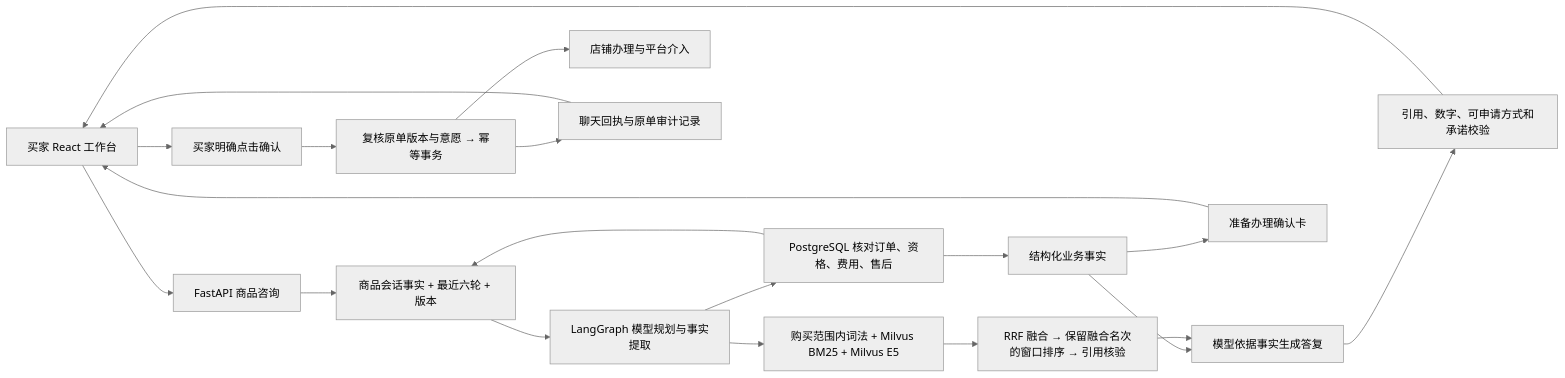
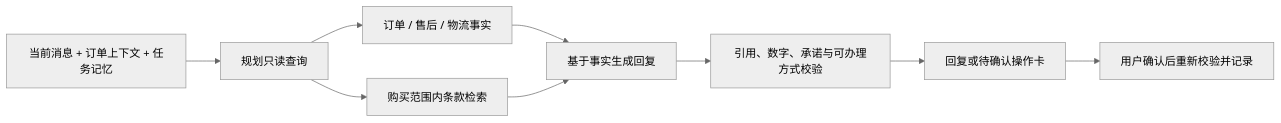
The diagram in README.md (fog-frog11/after-sales-agent), drawn with Mermaid (neutral theme) before and after one commit. The commit also changed other lines of this file, not shown here.

Commit message:
Rewrite README around after-sales journey and architecture

````diff
--- a/README.md
+++ b/README.md
@@ -44,22 +31,11 @@
 ```mermaid
 flowchart LR
-    U[买家 React 工作台] --> A[FastAPI 商品咨询]
-    A --> M[商品会话事实 + 最近六轮 + 版本]
-    M --> G[LangGraph 模型规划与事实提取]
-    G --> P[PostgreSQL 核对订单、资格、费用、售后]
-    G --> Q[购买范围内词法 + Milvus BM25 + Milvus E5]
-    Q --> R[RRF 融合 → 保留融合名次的窗口排序 → 引用核验]
-    P --> F[结构化业务事实]
-    F --> D[模型依据事实生成答复]
-    R --> D
-    D --> V[引用、数字、可申请方式和承诺校验]
-    V --> U
-    P --> M
-    F --> C[准备办理确认卡]
-    C --> U
-    U --> S[买家明确点击确认]
-    S --> T[复核原单版本与意愿 → 幂等事务]
-    T --> W[店铺办理与平台介入]
-    T --> E[聊天回执与原单审计记录]
-    E --> U
+    A[当前消息 + 订单上下文 + 任务记忆] --> B[规划只读查询]
+    B --> C[订单 / 售后 / 物流事实]
+    B --> D[购买范围内条款检索]
+    C --> E[基于事实生成回复]
+    D --> E
+    E --> F[引用、数字、承诺与可办理方式校验]
+    F --> G[回复或待确认操作卡]
+    G --> H[用户确认后重新校验并记录]
 ```
````
